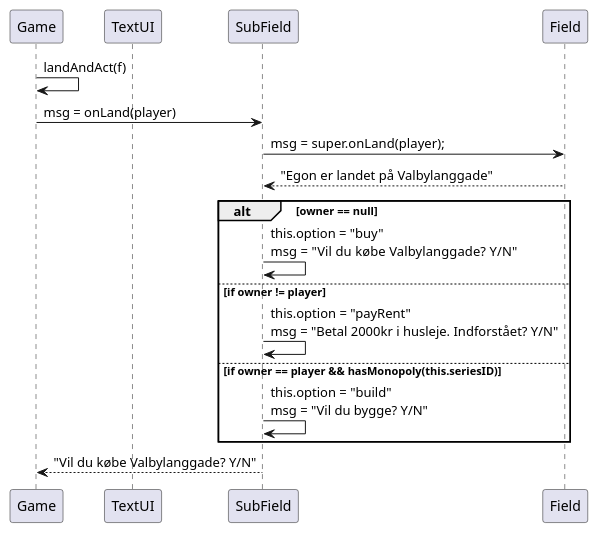
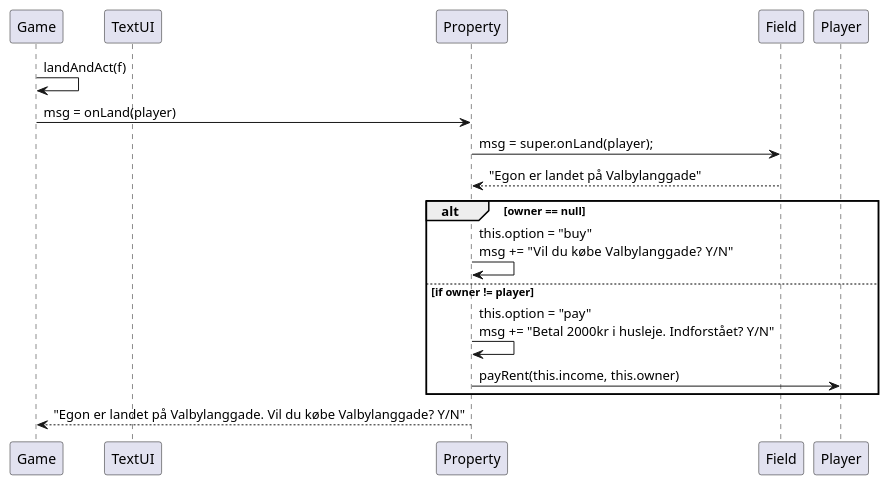
Before and after one commit to Dat1Cphbusiness/MonopolyE24: the diagram in doc/Plan/dynamic/sequence_uc4_landAndAct_1.puml, drawn with PlantUML. The commit also changed 7 other files, not shown here.

```diff
--- a/doc/Plan/dynamic/sequence_uc4_landAndAct_1.puml
+++ b/doc/Plan/dynamic/sequence_uc4_landAndAct_1.puml
@@ -1,30 +1,23 @@
 @startuml
 'https://plantuml.com/sequence-diagram
 
 participant Game as game
 participant TextUI as ui
-participant SubField  as subField
+participant Property as subField
 participant Field  as field
 
 
 game -> game : landAndAct(f)
 game -> subField : msg = onLand(player)
 subField -> field : msg = super.onLand(player);
 field --> subField: "Egon er landet på Valbylanggade"
 
 alt owner == null
-
-subField -> subField : this.option = "buy" \nmsg =  "Vil du købe Valbylanggade? Y/N"
-
-
+ subField -> subField : this.option = "buy" \nmsg +=  "Vil du købe Valbylanggade? Y/N"
 else if owner != player
-
-subField -> subField :  this.option = "payRent"\nmsg = "Betal 2000kr i husleje. Indforstået? Y/N"
-
-else if owner == player && hasMonopoly(this.seriesID)
-
-subField -> subField :  this.option = "build"\nmsg = "Vil du bygge? Y/N"
+ subField -> subField :  this.option = "pay"\nmsg += "Betal 2000kr i husleje. Indforstået? Y/N"
+ subField -> Player :payRent(this.income, this.owner)
 end
 
-subField --> game : "Vil du købe Valbylanggade? Y/N"
+subField --> game : "Egon er landet på Valbylanggade. Vil du købe Valbylanggade? Y/N"
 @enduml
```
